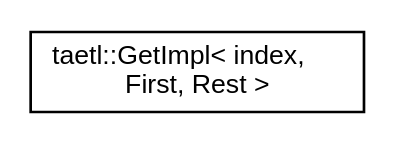
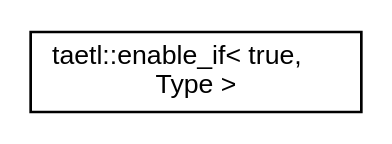
Before and after one commit to tobanteAudio/taetl: the diagram in inherit_graph_4.dot, drawn with Graphviz. The commit also changed 72 other files, not shown here.

```diff
--- a/inherit_graph_4.dot
+++ b/inherit_graph_4.dot
@@ -1,7 +1,7 @@
 digraph "Graphical Class Hierarchy"
 {
   edge [fontname="Helvetica",fontsize="10",labelfontname="Helvetica",labelfontsize="10"];
   node [fontname="Helvetica",fontsize="10",shape=record];
   rankdir="LR";
-  Node0 [label="taetl::GetImpl\< index,\l First, Rest \>",height=0.2,width=0.4,color="black", fillcolor="white", style="filled",URL="$structtaetl_1_1GetImpl.html"];
+  Node0 [label="taetl::enable_if\< true,\l Type \>",height=0.2,width=0.4,color="black", fillcolor="white", style="filled",URL="$structtaetl_1_1enable__if_3_01true_00_01Type_01_4.html"];
 }
```
